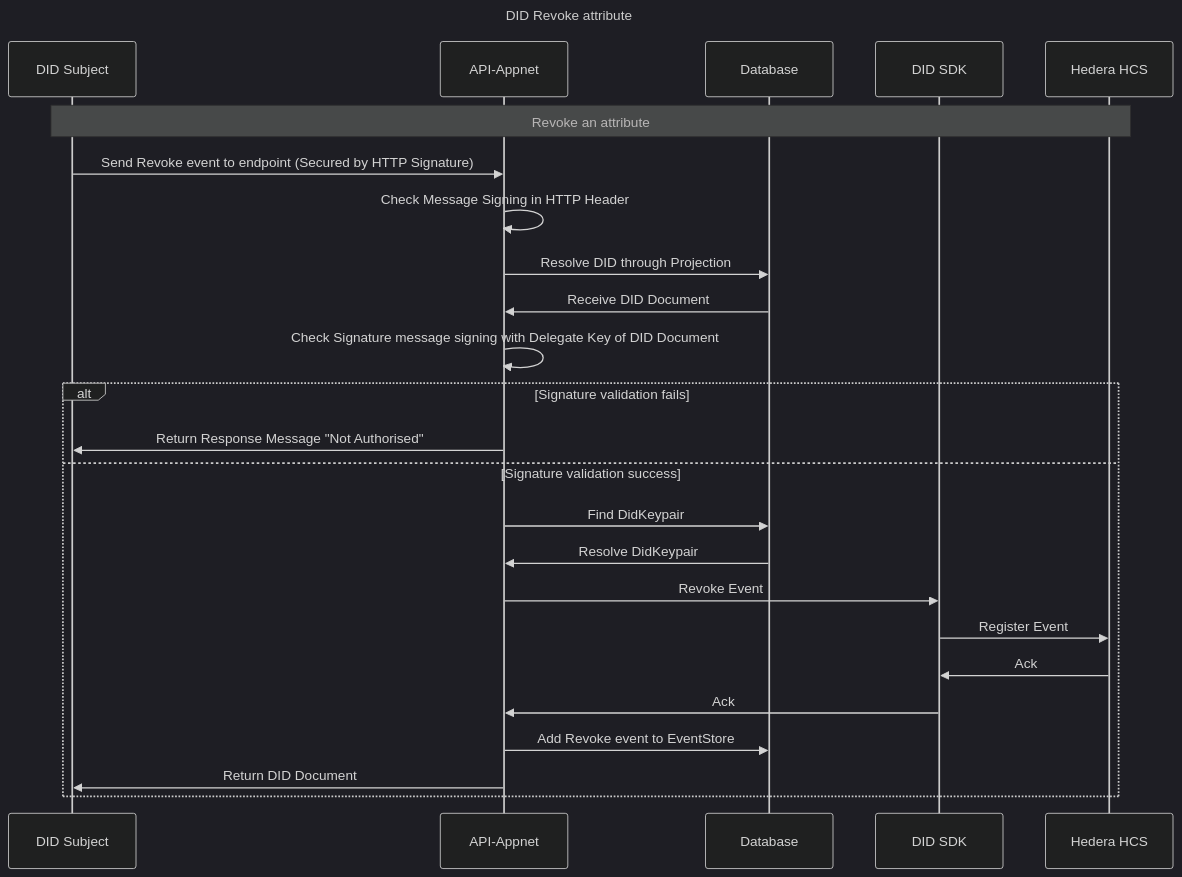
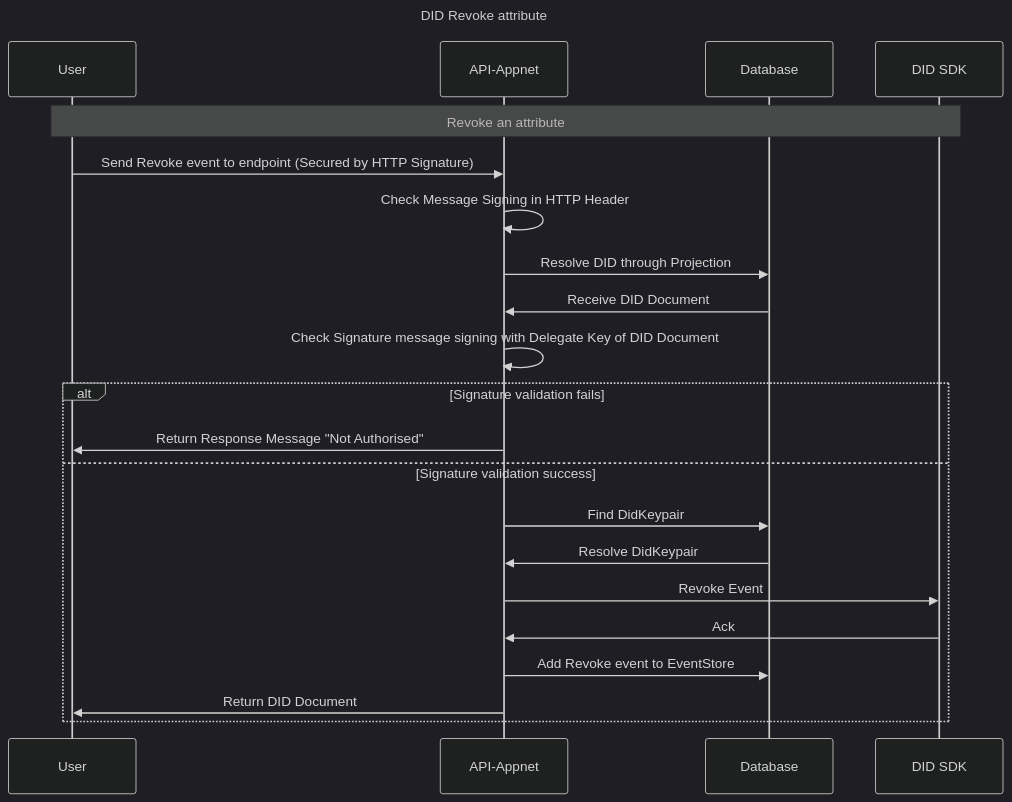
One commit to Meeco/hedera-did-identity-network changed the diagram in documentation/diagrams/did-revoke-attribute.mmd. Above: the diagram before and after it, drawn with Mermaid (dark theme). The commit also changed 1 other file, not shown here.

Commit message:
docs: Remove Hedera HCS from did-update-attribute and did-revoke-attribute diagrams.

```diff
--- a/documentation/diagrams/did-revoke-attribute.mmd
+++ b/documentation/diagrams/did-revoke-attribute.mmd
@@ -1,27 +1,24 @@
 sequenceDiagram
 Title: DID Revoke attribute
 
-participant Subject as DID Subject
+participant Subject as User
 participant API as API-Appnet
 participant Database as Database
 participant DIDSDK as DID SDK
-participant HCS as Hedera HCS
 
-note over Subject,HCS: Revoke an attribute
+note over Subject,DIDSDK: Revoke an attribute
 Subject ->> API: Send Revoke event to endpoint (Secured by HTTP Signature)
 API ->> API: Check Message Signing in HTTP Header
 API ->> Database: Resolve DID through Projection
 Database ->> API: Receive DID Document
 API ->> API: Check Signature message signing with Delegate Key of DID Document
 alt Signature validation fails
 API ->> Subject: Return Response Message "Not Authorised"
 else Signature validation success
 API ->> Database: Find DidKeypair
 Database ->> API: Resolve DidKeypair
 API ->> DIDSDK: Revoke Event
-DIDSDK ->> HCS: Register Event
-HCS ->> DIDSDK: Ack
 DIDSDK ->> API: Ack
 API ->> Database: Add Revoke event to EventStore
 API ->> Subject: Return DID Document
 end
```
